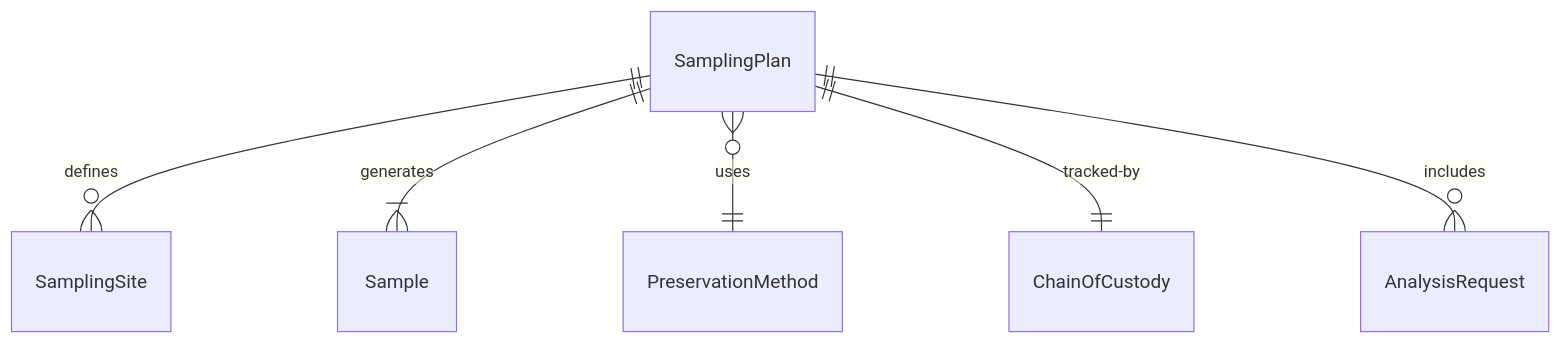
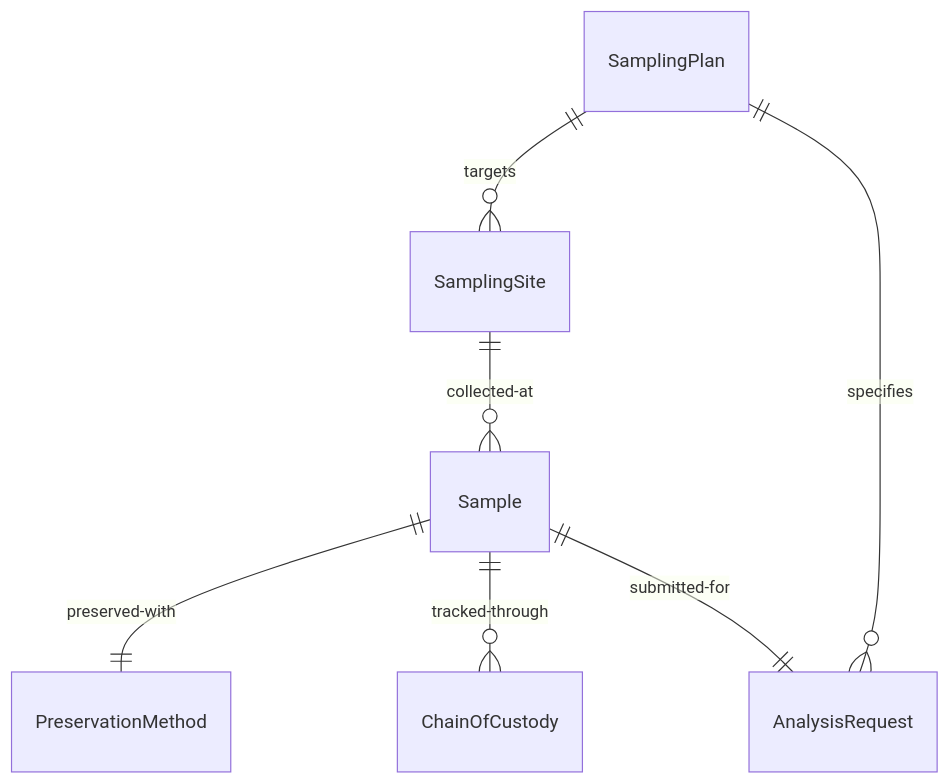
Before and after one commit to dot-org-ai/tasks.org.ai: the first of 4 diagrams in HandlingAndMovingObjects/CollectEnvironmentalOrBiologicalSamples/CollectEnvironmentalDataSamples.mdx, drawn with Mermaid. The commit also changed other lines of this file and 515 other files, not shown here.

````diff
--- a/HandlingAndMovingObjects/CollectEnvironmentalOrBiologicalSamples/CollectEnvironmentalDataSamples.mdx
+++ b/HandlingAndMovingObjects/CollectEnvironmentalOrBiologicalSamples/CollectEnvironmentalDataSamples.mdx
@@ -87,8 +87,9 @@
 ```mermaid
 erDiagram
-    SamplingPlan ||--o{ SamplingSite : "defines"
-    SamplingPlan ||--|{ Sample : "generates"
-    SamplingPlan }o--|| PreservationMethod : "uses"
-    SamplingPlan ||--|| ChainOfCustody : "tracked-by"
-    SamplingPlan ||--o{ AnalysisRequest : "includes"
+    SamplingPlan ||--o{ SamplingSite : "targets"
+    SamplingSite ||--o{ Sample : "collected-at"
+    Sample ||--|| PreservationMethod : "preserved-with"
+    Sample ||--o{ ChainOfCustody : "tracked-through"
+    Sample ||--|| AnalysisRequest : "submitted-for"
+    SamplingPlan ||--o{ AnalysisRequest : "specifies"
 ```
````
